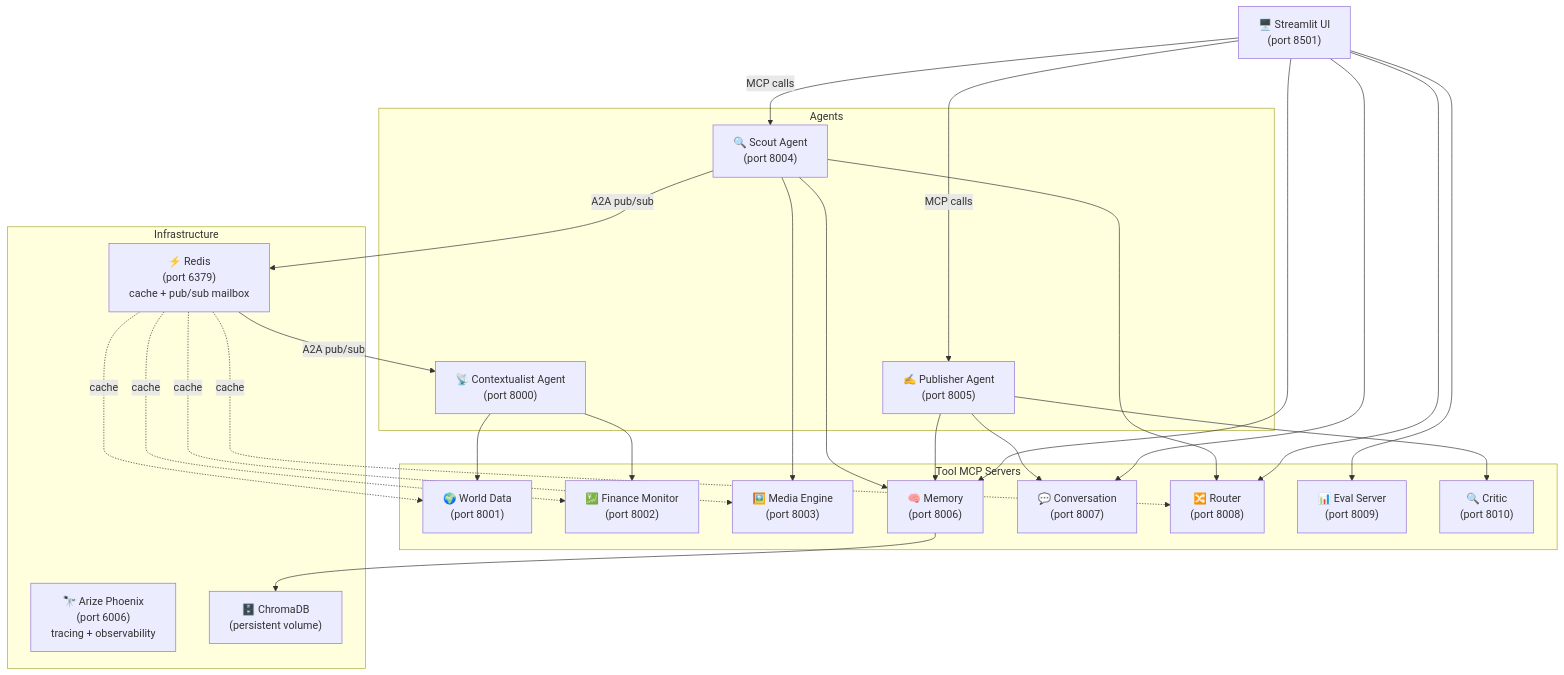
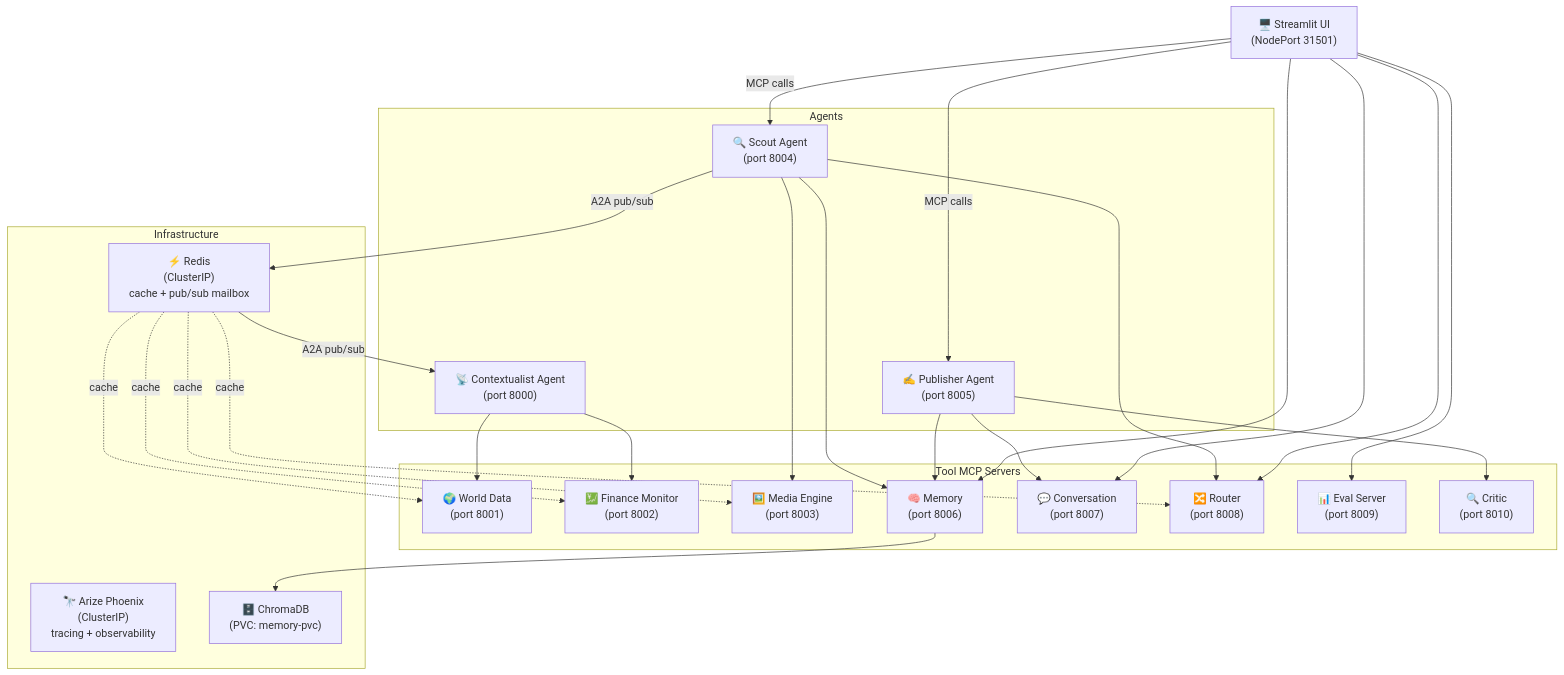
One commit to Keerthan22-sys/multi-agent-system-a2a-mcp changed the diagram in README.md. Above: the diagram before and after it, drawn with Mermaid. The commit also changed other lines of this file, not shown here.

````diff
--- a/README.md
+++ b/README.md
@@ -7,49 +7,49 @@
 ```mermaid
 graph TD
-    UI["🖥️ Streamlit UI\n(port 8501)"]
+    UI["🖥️ Streamlit UI\n(NodePort 31501)"]
 
     subgraph Agents
         Scout["🔍 Scout Agent\n(port 8004)"]
         Publisher["✍️ Publisher Agent\n(port 8005)"]
         Contextualist["📡 Contextualist Agent\n(port 8000)"]
     end
 
     subgraph Tool MCP Servers
         WorldData["🌍 World Data\n(port 8001)"]
         Finance["💹 Finance Monitor\n(port 8002)"]
         Media["🖼️ Media Engine\n(port 8003)"]
         Memory["🧠 Memory\n(port 8006)"]
         Conversation["💬 Conversation\n(port 8007)"]
         Router["🔀 Router\n(port 8008)"]
         Eval["📊 Eval Server\n(port 8009)"]
         Critic["🔍 Critic\n(port 8010)"]
     end
 
     subgraph Infrastructure
-        Redis["⚡ Redis\n(port 6379)\ncache + pub/sub mailbox"]
-        Phoenix["🔭 Arize Phoenix\n(port 6006)\ntracing + observability"]
-        ChromaDB["🗄️ ChromaDB\n(persistent volume)"]
+        Redis["⚡ Redis\n(ClusterIP)\ncache + pub/sub mailbox"]
+        Phoenix["🔭 Arize Phoenix\n(ClusterIP)\ntracing + observability"]
+        ChromaDB["🗄️ ChromaDB\n(PVC: memory-pvc)"]
     end
 
     UI -->|"MCP calls"| Scout
     UI -->|"MCP calls"| Publisher
     Scout -->|"A2A pub/sub"| Redis
     Redis -->|"A2A pub/sub"| Contextualist
     Contextualist --> WorldData
     Contextualist --> Finance
     Scout --> Media
     Scout --> Memory
     Scout --> Router
     Publisher --> Memory
     Publisher --> Conversation
     Publisher --> Critic
     UI --> Memory
     UI --> Conversation
     UI --> Router
     UI --> Eval
     Memory --> ChromaDB
     Redis -.->|"cache"| WorldData
     Redis -.->|"cache"| Finance
     Redis -.->|"cache"| Media
     Redis -.->|"cache"| Router
 ```
````
